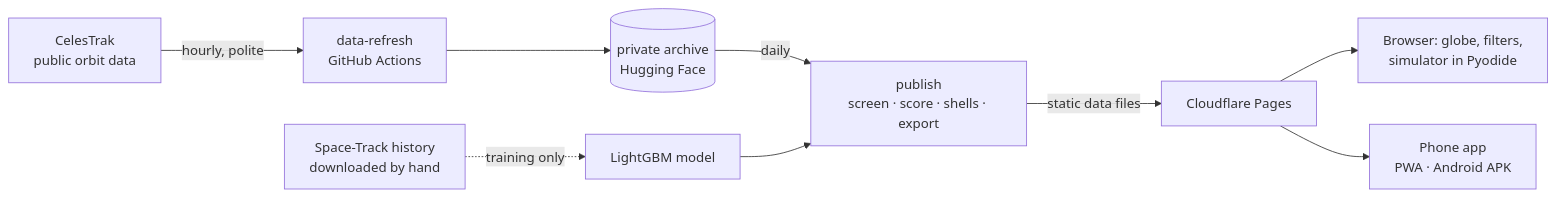
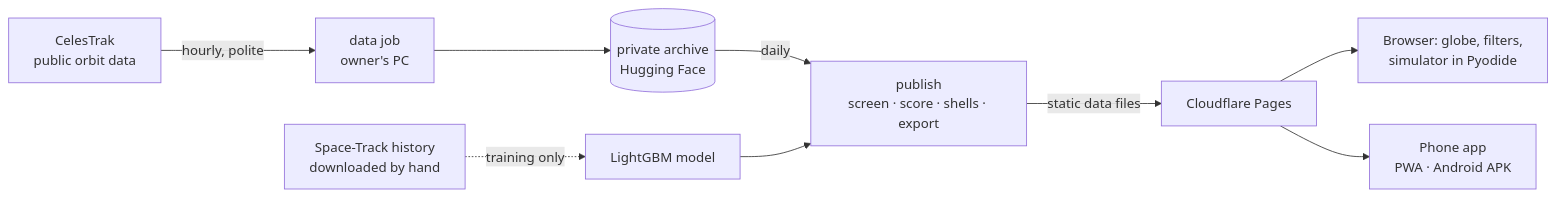
The diagram in README.md (aryanpol73/perigee), drawn with Mermaid before and after one commit. The commit also changed other lines of this file and 10 other files, not shown here.

First line of the commit message:
Data job on the owner's PC instead of GitHub's shared runner IPs; STOP files keep CelesTrak's message

````diff
--- a/README.md
+++ b/README.md
@@ -74,11 +73,11 @@
 ```mermaid
 flowchart LR
-    CT[CelesTrak<br/>public orbit data] -->|hourly, polite| DR[data-refresh<br/>GitHub Actions]
+    CT[CelesTrak<br/>public orbit data] -->|hourly, polite| DR[data job<br/>owner's PC]
     DR --> HF[(private archive<br/>Hugging Face)]
     ST[Space-Track history<br/>downloaded by hand] -.->|training only| ML[LightGBM model]
     HF -->|daily| PUB[publish<br/>screen · score · shells · export]
     ML --> PUB
     PUB -->|static data files| CF[Cloudflare Pages]
     CF --> WEB[Browser: globe, filters,<br/>simulator in Pyodide]
     CF --> APP[Phone app<br/>PWA · Android APK]
 ```
````
